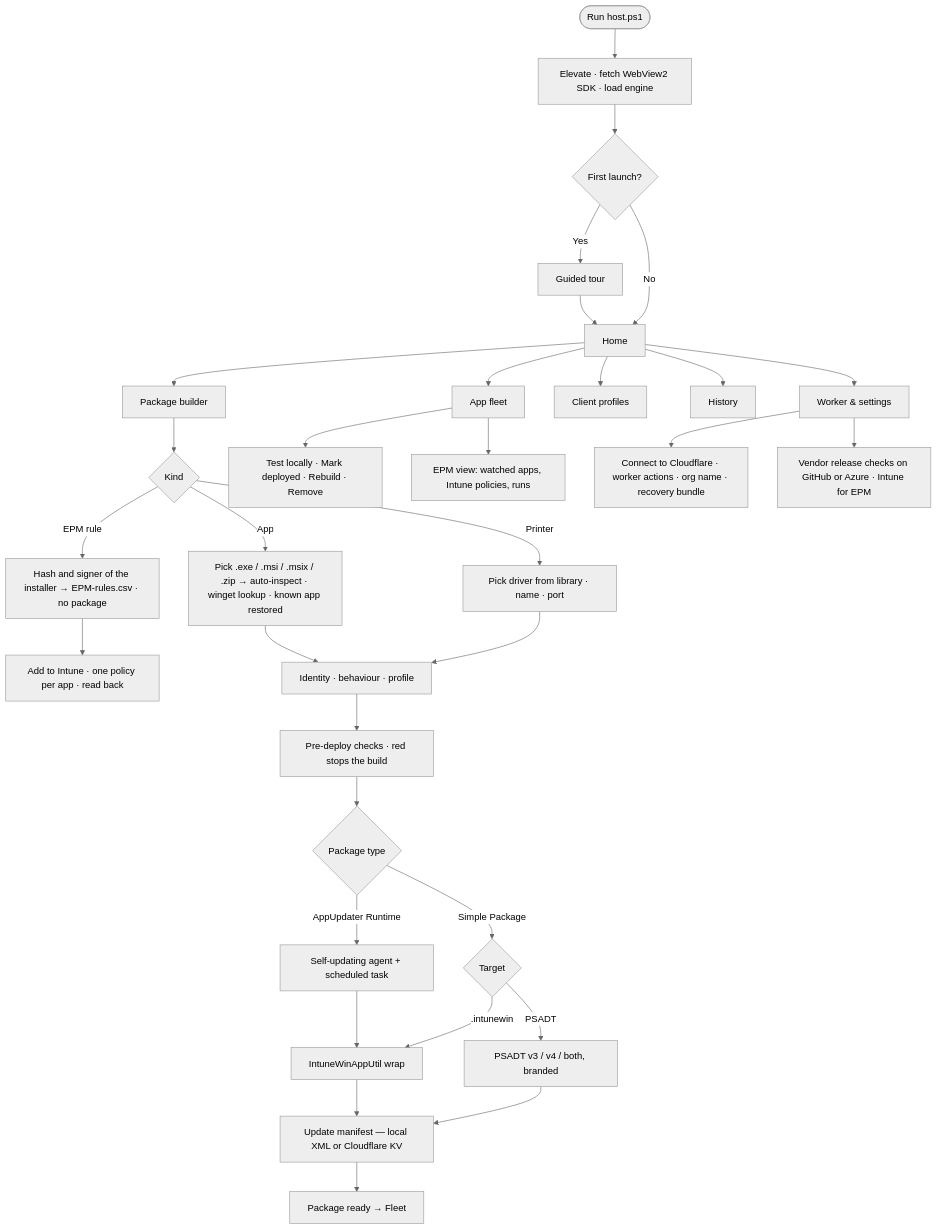
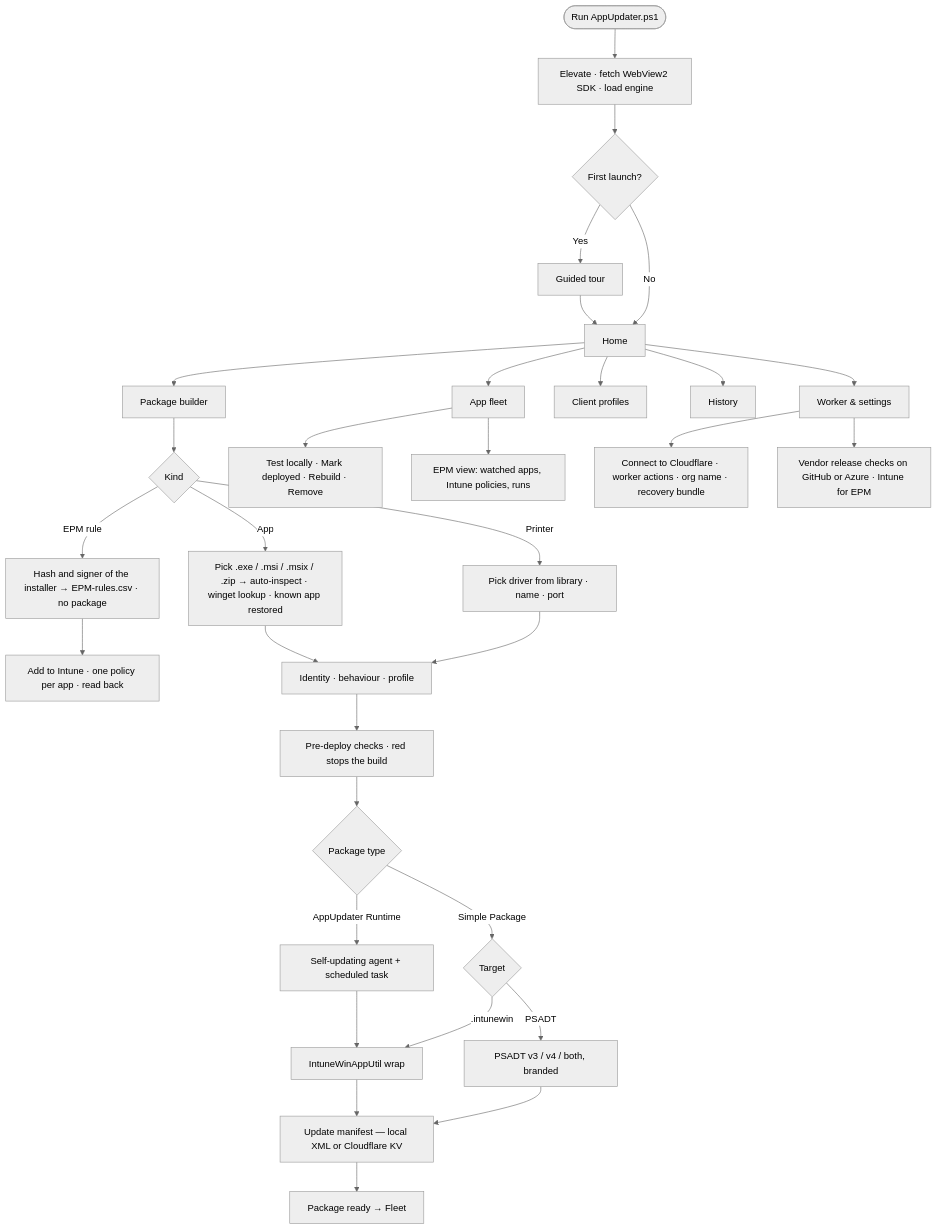
Before and after one commit to Lyvvy-xyz/appupdater: the second of 3 diagrams in README.md, drawn with Mermaid (neutral theme). The commit also changed other lines of this file and 1 other file, not shown here.

````diff
--- a/README.md
+++ b/README.md
@@ -233,37 +236,37 @@
 ```mermaid
 flowchart TD
-    A([Run host.ps1]) --> B[Elevate · fetch WebView2 SDK · load engine]
+    A([Run AppUpdater.ps1]) --> B[Elevate · fetch WebView2 SDK · load engine]
     B --> C{First launch?}
     C -->|Yes| D[Guided tour]
     C -->|No| E[Home]
     D --> E
 
     E --> F[Package builder]
     E --> G[App fleet]
     E --> H[Client profiles]
     E --> I[History]
     E --> J[Worker & settings]
 
     F --> K{Kind}
     K -->|EPM rule| EPM[Hash and signer of the installer → EPM-rules.csv · no package]
     EPM --> EPMI[Add to Intune · one policy per app · read back]
     K -->|App| L[Pick .exe / .msi / .msix / .zip → auto-inspect · winget lookup · known app restored]
     K -->|Printer| M[Pick driver from library · name · port]
     L --> N[Identity · behaviour · profile]
     M --> N
     N --> PC[Pre-deploy checks · red stops the build]
     PC --> O{Package type}
     O -->|AppUpdater Runtime| P[Self-updating agent + scheduled task]
     O -->|Simple Package| Q{Target}
     Q -->|.intunewin| R[IntuneWinAppUtil wrap]
     Q -->|PSADT| S[PSADT v3 / v4 / both, branded]
     P --> R
     R --> T[Update manifest — local XML or Cloudflare KV]
     S --> T
     T --> U[Package ready → Fleet]
 
     G --> V[Test locally · Mark deployed · Rebuild · Remove]
     J --> W[Connect to Cloudflare · worker actions · org name · recovery bundle]
     J --> X[Vendor release checks on GitHub or Azure · Intune for EPM]
     G --> Y[EPM view: watched apps, Intune policies, runs]
 ```
````
